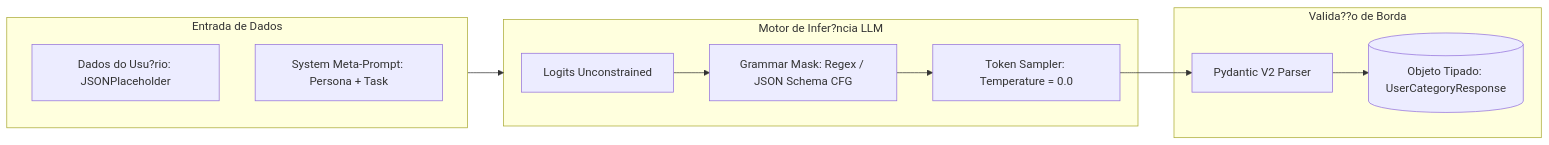
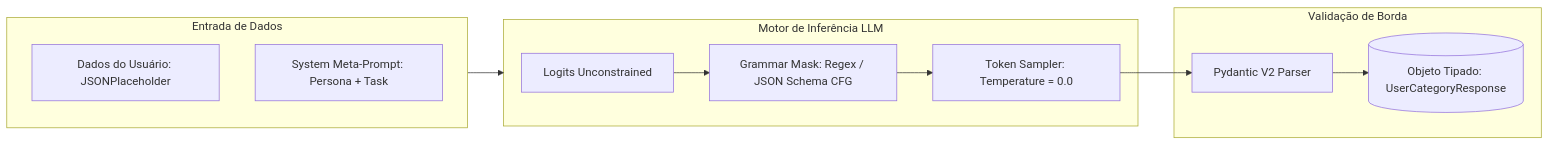
One commit to JoaoIto/users-hit changed the first of 2 diagrams in spec/06_AI_AND_PRODUCTION_PATTERNS.md. Above: the diagram before and after it, drawn with Mermaid. The commit also changed other lines of this file and 5 other files, not shown here.

````diff
--- a/spec/06_AI_AND_PRODUCTION_PATTERNS.md
+++ b/spec/06_AI_AND_PRODUCTION_PATTERNS.md
@@ -24,22 +24,23 @@
 ```mermaid
 flowchart LR
     subgraph Input [Entrada de Dados]
-        User[Dados do Usu?rio: JSONPlaceholder]
+        User[Dados do Usuário: JSONPlaceholder]
         Prompt[System Meta-Prompt: Persona + Task]
     end
 
-    subgraph LLMEngine [Motor de Infer?ncia LLM]
+    subgraph LLMEngine [Motor de Inferência LLM]
         Logits[Logits Unconstrained]
         CFG[Grammar Mask: Regex / JSON Schema CFG]
         Sampler[Token Sampler: Temperature = 0.0]
         Logits --> CFG --> Sampler
     end
 
-    subgraph Validation [Valida??o de Borda]
+    subgraph Validation [Validação de Borda]
         Parser[Pydantic V2 Parser]
         Model[(Objeto Tipado: UserCategoryResponse)]
         Sampler --> Parser --> Model
     end
 
     Input --> LLMEngine
+
 ```
````
